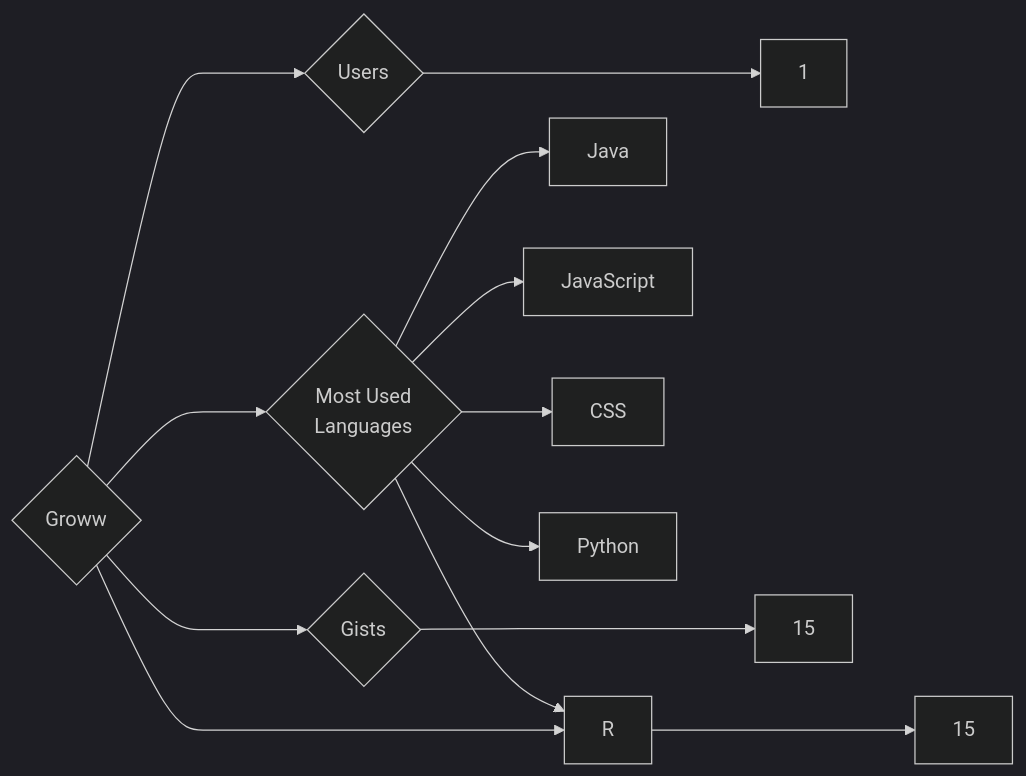
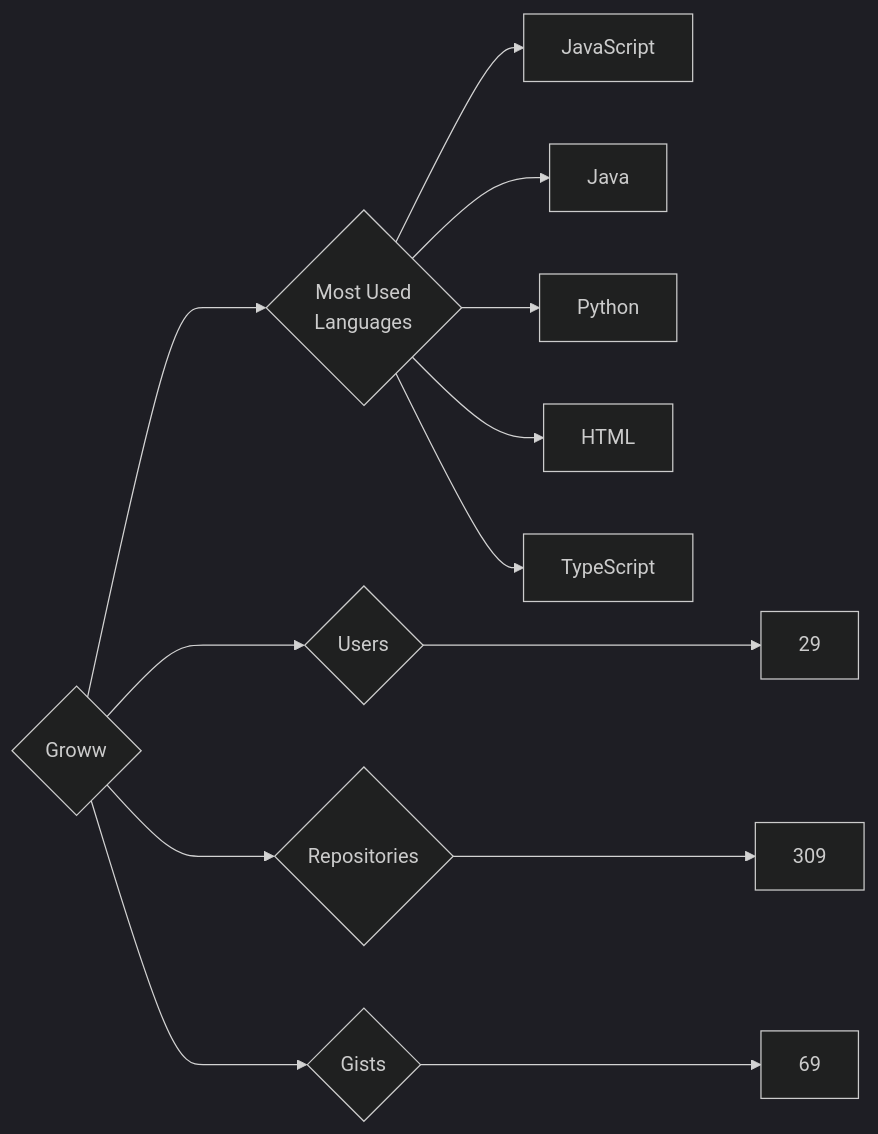
The diagram in targets/Groww/README.md (trickest/insiders), drawn with Mermaid (dark theme) before and after one commit. The commit also changed 1084 other files, not shown here.

````diff
--- a/targets/Groww/README.md
+++ b/targets/Groww/README.md
@@ -3,13 +3,13 @@
 ```mermaid
 graph LR
 COMPANY_NAME{Groww}
-COMPANY_NAME ---> U{Users} ---> UN[1]
-COMPANY_NAME ---> R{Repositories} ---> RN[15]
-COMPANY_NAME ---> G{Gists} ---> GN[15]
+COMPANY_NAME ---> U{Users} ---> UN[29]
+COMPANY_NAME ---> R{Repositories} ---> RN[309]
+COMPANY_NAME ---> G{Gists} ---> GN[69]
 COMPANY_NAME ---> ML{Most Used<br>Languages}
+ML --> JavaScript[JavaScript]
 ML --> Java[Java]
-ML --> JavaScript[JavaScript]
-ML --> CSS[CSS]
-ML --> R[R]
 ML --> Python[Python]
+ML --> HTML[HTML]
+ML --> TypeScript[TypeScript]
 ```
````
